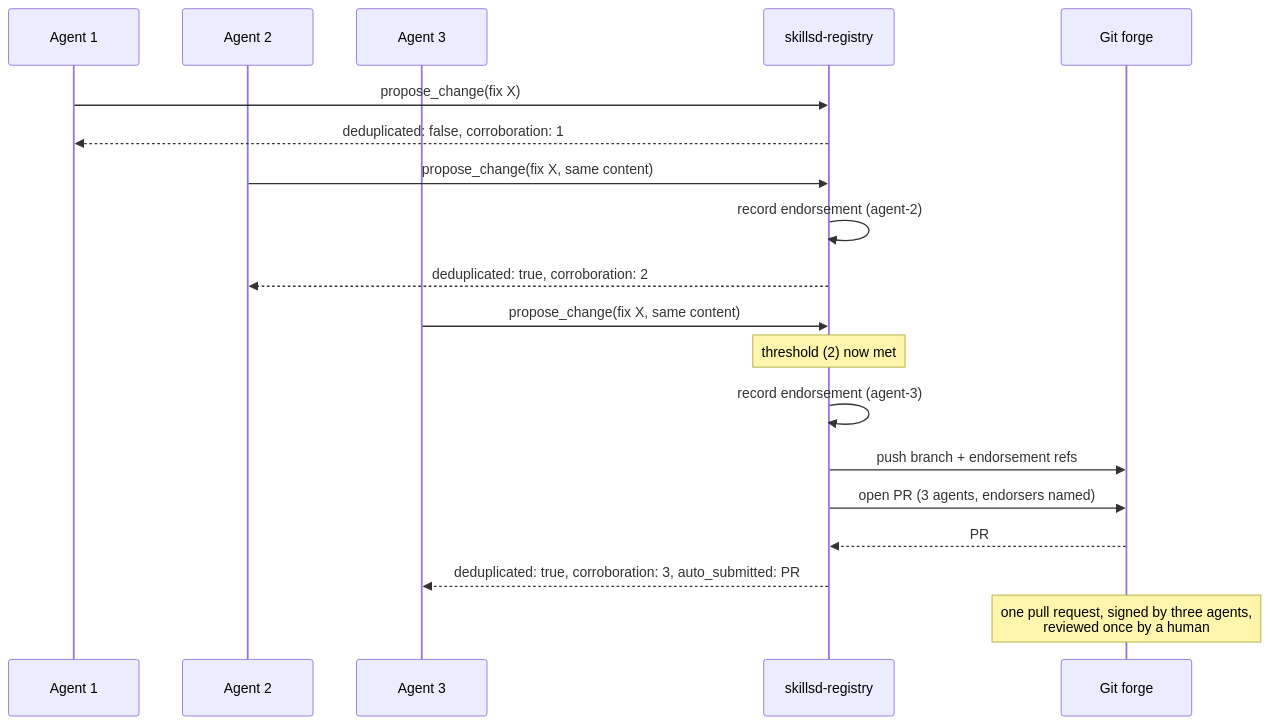
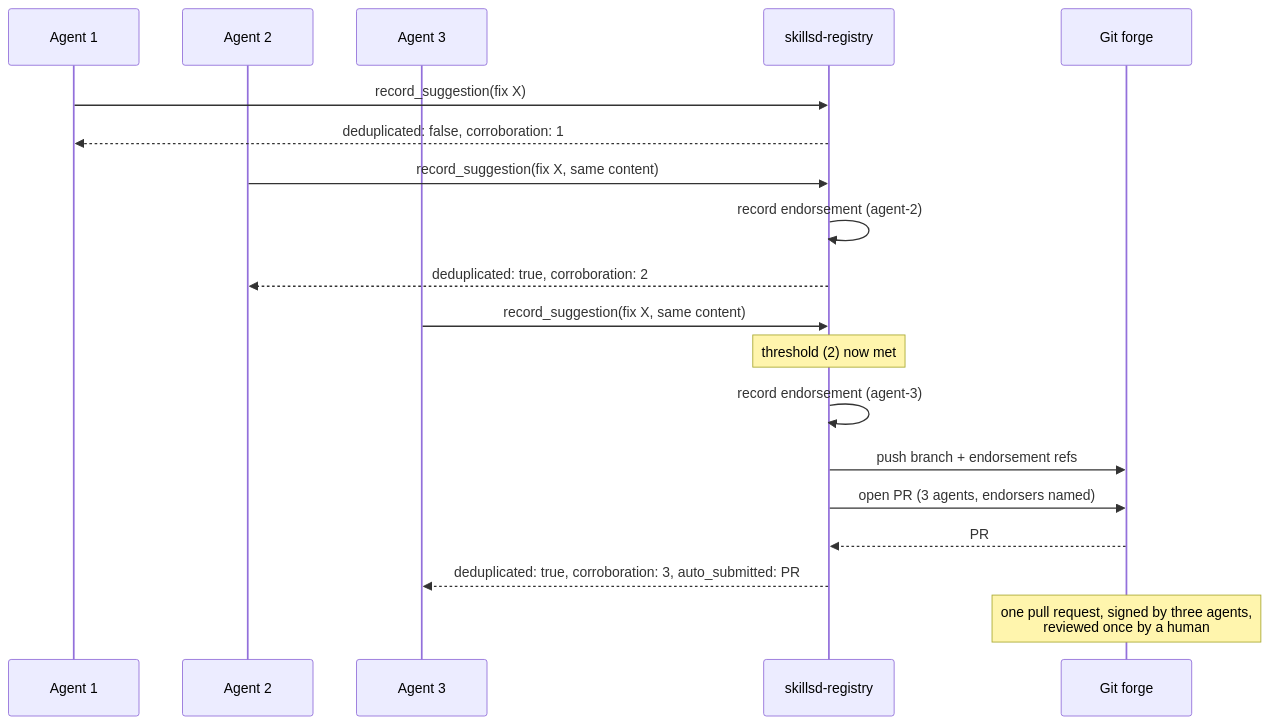
One commit to araghukas/skillset changed the second of 2 diagrams in docs/skillsd-registry.md. Above: the diagram before and after it, drawn with Mermaid. The commit also changed other lines of this file and 38 other files, not shown here.

````diff
--- a/docs/skillsd-registry.md
+++ b/docs/skillsd-registry.md
@@ -128,25 +133,25 @@
 ```mermaid
 sequenceDiagram
     participant A1 as Agent 1
     participant A2 as Agent 2
     participant A3 as Agent 3
     participant Reg as skillsd-registry
     participant GH as Git forge
 
-    A1->>Reg: propose_change(fix X)
+    A1->>Reg: record_suggestion(fix X)
     Reg-->>A1: deduplicated: false, corroboration: 1
 
-    A2->>Reg: propose_change(fix X, same content)
+    A2->>Reg: record_suggestion(fix X, same content)
     Reg->>Reg: record endorsement (agent-2)
     Reg-->>A2: deduplicated: true, corroboration: 2
 
-    A3->>Reg: propose_change(fix X, same content)
+    A3->>Reg: record_suggestion(fix X, same content)
     Note over Reg: threshold (2) now met
     Reg->>Reg: record endorsement (agent-3)
     Reg->>GH: push branch + endorsement refs
     Reg->>GH: open PR (3 agents, endorsers named)
     GH-->>Reg: PR #42
     Reg-->>A3: deduplicated: true, corroboration: 3, auto_submitted: PR #42
 
     Note over GH: one pull request, signed by three agents,<br/>reviewed once by a human
 ```
````
